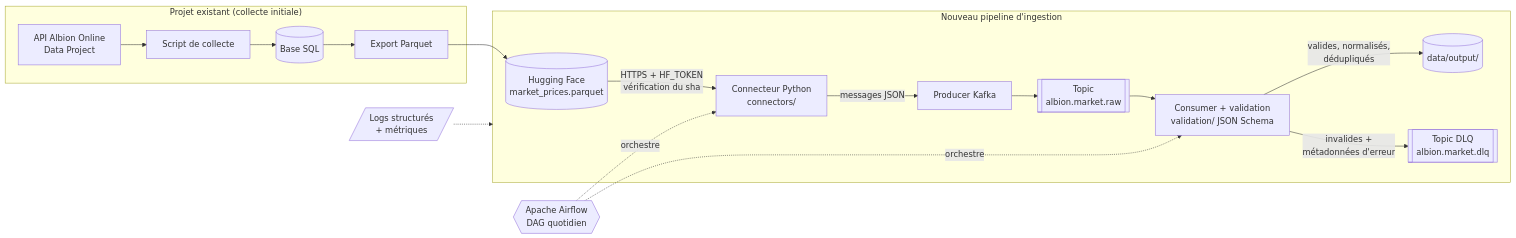
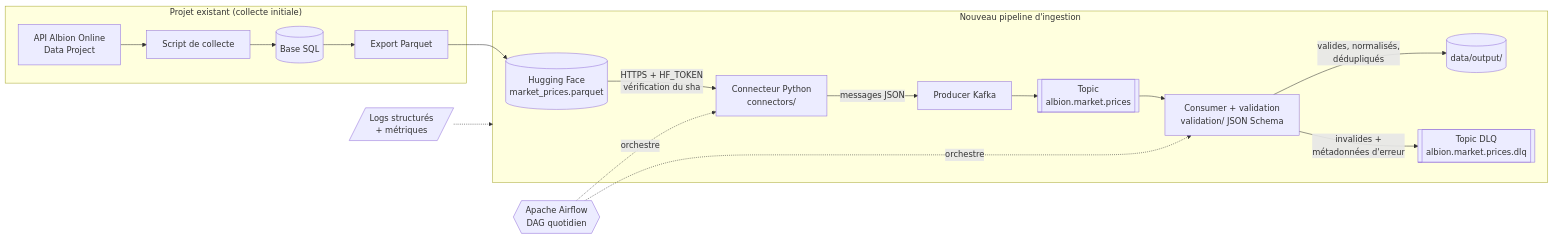
The diagram in README.md (ilyes-chabab/Albion-Ingestion-Kafka), drawn with Mermaid before and after one commit. The commit also changed other lines of this file and 9 other files, not shown here.

````diff
--- a/README.md
+++ b/README.md
@@ -155,21 +155,21 @@
 ```mermaid
 flowchart LR
     subgraph Amont["Projet existant (collecte initiale)"]
         API[API Albion Online<br/>Data Project] --> COL[Script de collecte] --> SQL[(Base SQL)] --> EXP[Export Parquet]
     end
 
     EXP --> HF[(Hugging Face<br/>market_prices.parquet)]
 
     subgraph Pipeline["Nouveau pipeline d'ingestion"]
         HF -->|HTTPS + HF_TOKEN<br/>vérification du sha| CON[Connecteur Python<br/>connectors/]
         CON -->|messages JSON| PROD[Producer Kafka]
-        PROD --> T1[[Topic<br/>albion.market.raw]]
+        PROD --> T1[[Topic<br/>albion.market.prices]]
         T1 --> CONS[Consumer + validation<br/>validation/ JSON Schema]
         CONS -->|valides, normalisés,<br/>dédupliqués| OUT[(data/output/)]
-        CONS -->|invalides +<br/>métadonnées d'erreur| DLQ[[Topic DLQ<br/>albion.market.dlq]]
+        CONS -->|invalides +<br/>métadonnées d'erreur| DLQ[[Topic DLQ<br/>albion.market.prices.dlq]]
     end
 
     AF{{Apache Airflow<br/>DAG quotidien}} -.orchestre.-> CON
     AF -.orchestre.-> CONS
     LOG[/Logs structurés<br/>+ métriques/] -.-> Pipeline
 ```
````
